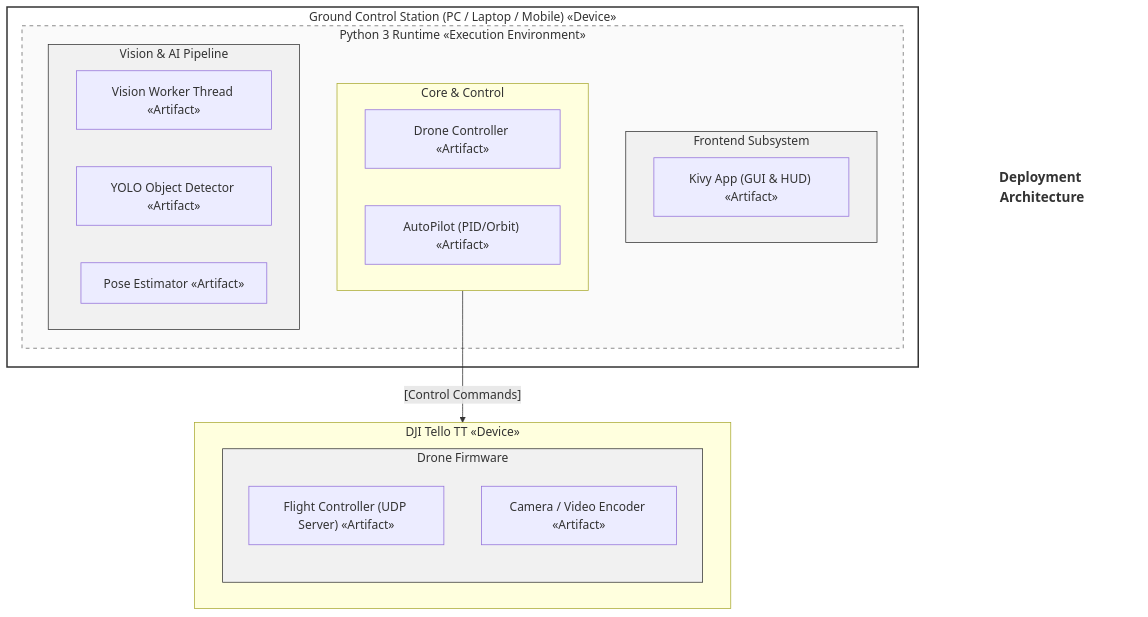
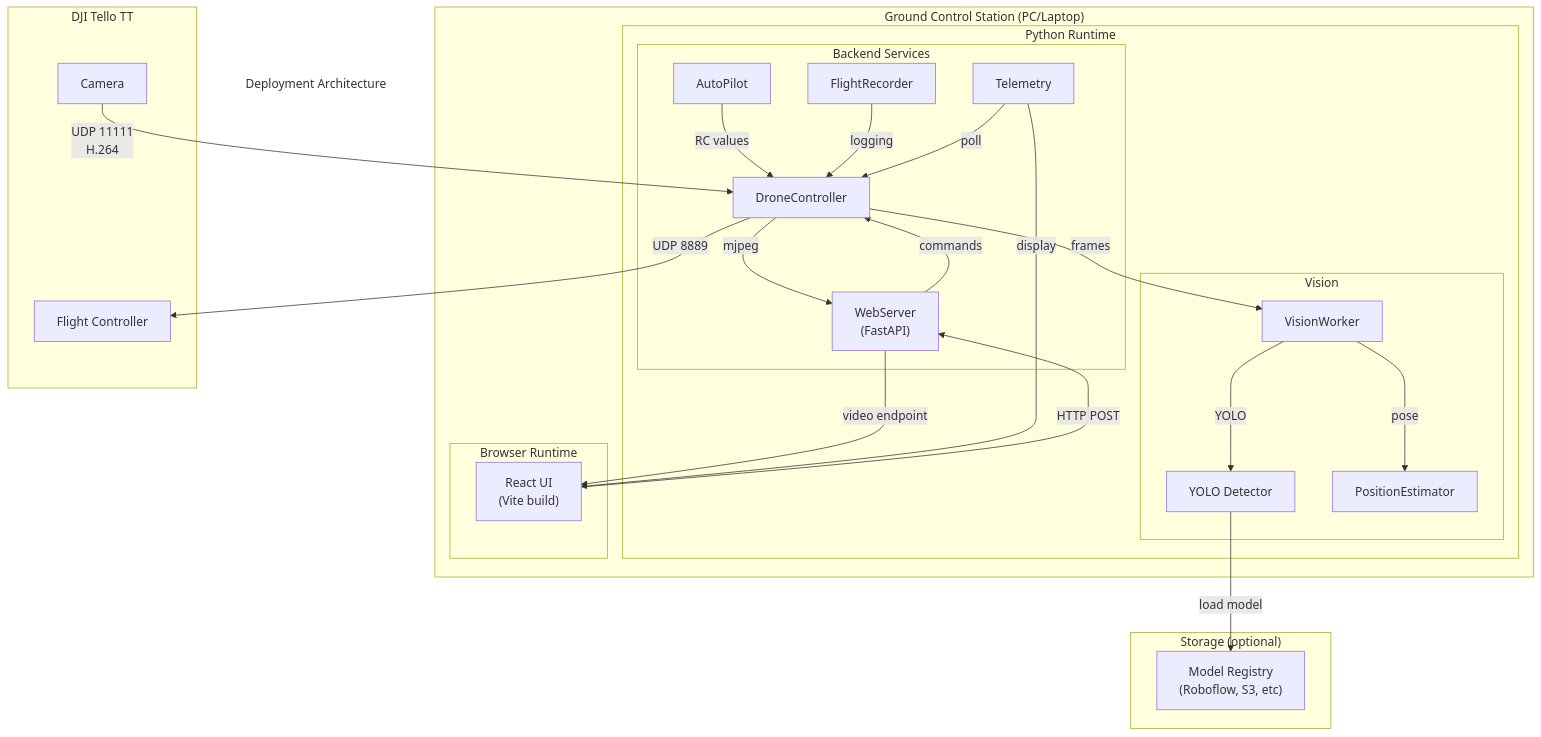
One commit to ohSystemmm/drone-syp-project changed the diagram in docs/diagrams/deployment-diagram.mmd. Above: the diagram before and after it, drawn with Mermaid. The commit also changed 11 other files, not shown here.

Commit message:
Diagramme Fertig

```diff
--- a/docs/diagrams/deployment-diagram.mmd
+++ b/docs/diagrams/deployment-diagram.mmd
@@ -1,50 +1,60 @@
 graph TB
-    %% Theme and Styling Configuration
-    classDef device fill:#fff,stroke:#333,stroke-width:2px;
-    classDef env fill:#fafafa,stroke:#666,stroke-width:1px,stroke-dasharray: 5 5;
-    classDef component fill:#f1f1f1,stroke:#333,stroke-width:1px;
+    %% Deployment - what runs where
 
-    title[Deployment Architecture]
-    style title fill:none,stroke:none,font-weight:bold,font-size:18px;
+    title["Deployment Architecture"]
+    style title fill:none,stroke:none
 
-    %% --- Ground Control Station Device ---
-    subgraph GCS ["Ground Control Station (PC / Laptop / Mobile) «Device»"]
+    subgraph GCS ["Ground Control Station (PC/Laptop)"]
         
-        subgraph PythonEnv ["Python 3 Runtime «Execution Environment»"]
+        subgraph PythonRT ["Python Runtime"]
             
-            subgraph Frontend ["Frontend Subsystem"]
-                KivyApp["Kivy App (GUI & HUD) «Artifact»"]
+            subgraph Backend_["Backend Services"]
+                DC["DroneController"]
+                WS["WebServer<br/>(FastAPI)"]
+                AP["AutoPilot"]
+                FR["FlightRecorder"]
+                Tel["Telemetry"]
             end
-            class Frontend component;
-            
-            subgraph Core ["Core & Control"]
-                DroneCtrl["Drone Controller «Artifact»"]
-                AutoPilot["AutoPilot (PID/Orbit) «Artifact»"]
+
+            subgraph Vision_["Vision"]
+                VW["VisionWorker"]
+                YD["YOLO Detector"]
+                PE["PositionEstimator"]
             end
-            class Core component;
-            
-            subgraph Vision ["Vision & AI Pipeline"]
-                VisionWorker["Vision Worker Thread «Artifact»"]
-                YOLO["YOLO Object Detector «Artifact»"]
-                Pose["Pose Estimator «Artifact»"]
-            end
-            class Vision component;
 
         end
-        class PythonEnv env;
+
+        subgraph BrowserRT ["Browser Runtime"]
+            UI["React UI<br/>(Vite build)"]
+        end
 
     end
-    class GCS device;
 
-    %% --- Drone Device ---
-    subgraph Drone ["DJI Tello TT «Device»"]
-        subgraph Firmware ["Drone Firmware"]
-            FC["Flight Controller (UDP Server) «Artifact»"]
-            Cam["Camera / Video Encoder «Artifact»"]
-        end
-        class Firmware component;
+    subgraph Drone["DJI Tello TT"]
+        FC["Flight Controller"]
+        Cam["Camera"]
     end
-    class Drone device;
 
-    %% --- Relationships ---
-    Core --> |"[Control Commands]"| Drone
+    subgraph Storage_["Storage (optional)"]
+        ModelRegistry["Model Registry<br/>(Roboflow, S3, etc)"]
+    end
+
+    %% connections
+    UI -->|HTTP POST| WS
+    WS -->|commands| DC
+    DC -->|UDP 8889| FC
+    
+    Cam -->|UDP 11111<br/>H.264| DC
+    DC -->|frames| VW
+    VW -->|YOLO| YD
+    VW -->|pose| PE
+    
+    DC -->|mjpeg| WS
+    WS -->|video endpoint| UI
+    
+    AP -->|RC values| DC
+    FR -->|logging| DC
+    Tel -->|poll| DC
+    Tel -->|display| UI
+    
+    YD -->|load model| ModelRegistry
```
